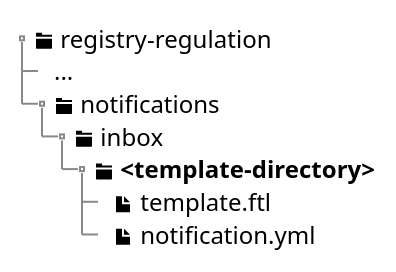
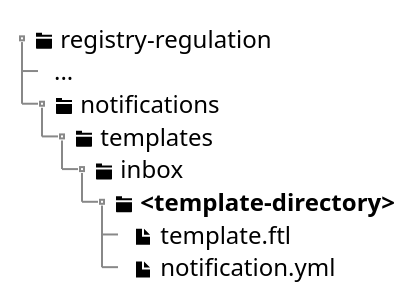
The diagram in modules/tech/partials/lowcode/notifications/inbox/inbox-notification-structure.puml (epam/edp-ddm-architecture), drawn with PlantUML before and after one commit. The commit also changed 3 other files, not shown here.

```diff
--- a/modules/tech/partials/lowcode/notifications/inbox/inbox-notification-structure.puml
+++ b/modules/tech/partials/lowcode/notifications/inbox/inbox-notification-structure.puml
@@ -1,13 +1,14 @@
 @startsalt
 {
 {T
 + <&folder> registry-regulation
 ++ ...
 ++ <&folder> notifications
-+++ <&folder> inbox
-++++ <&folder> <b><template-directory></b>
-+++++ <&file> template.ftl
-+++++ <&file> notification.yml
++++ <&folder> templates
+++++ <&folder> inbox
++++++ <&folder> <b><template-directory></b>
+++++++ <&file> template.ftl
+++++++ <&file> notification.yml
 }
 }
 @endsalt
```
